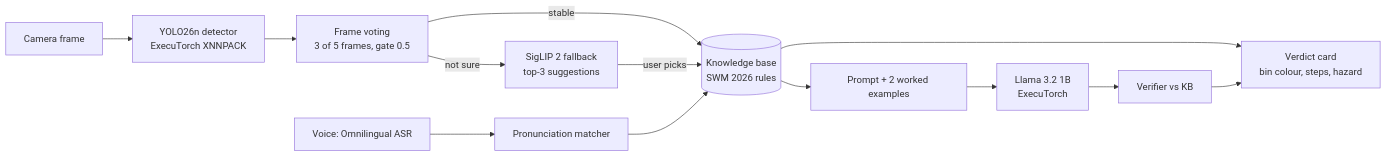
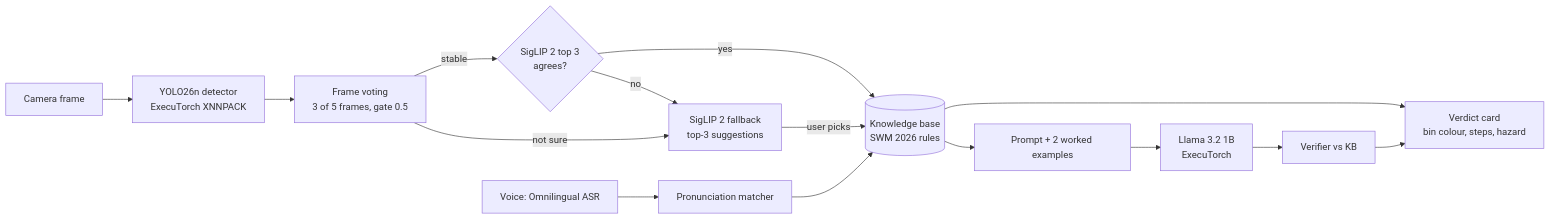
The diagram in docs/TECHNICAL_REPORT.md (kavyapshah2006/waste_segregation), drawn with Mermaid before and after one commit. The commit also changed other lines of this file and 1 other file, not shown here.

````diff
--- a/docs/TECHNICAL_REPORT.md
+++ b/docs/TECHNICAL_REPORT.md
@@ -34,14 +37,16 @@
 ```mermaid
 flowchart LR
   cam[Camera frame] --> det[YOLO26n detector<br/>ExecuTorch XNNPACK]
   det --> vote[Frame voting<br/>3 of 5 frames, gate 0.5]
-  vote -->|stable| kb[(Knowledge base<br/>SWM 2026 rules)]
+  vote -->|stable| agree{SigLIP 2 top 3<br/>agrees?}
+  agree -->|yes| kb[(Knowledge base<br/>SWM 2026 rules)]
+  agree -->|no| fb
   vote -->|not sure| fb[SigLIP 2 fallback<br/>top-3 suggestions]
   fb -->|user picks| kb
   kb --> card[Verdict card<br/>bin colour, steps, hazard]
   kb --> prompt[Prompt + 2 worked examples]
   prompt --> llm[Llama 3.2 1B<br/>ExecuTorch]
   llm --> ver[Verifier vs KB]
   ver --> card
   mic[Voice: Omnilingual ASR] --> match[Pronunciation matcher] --> kb
 ```
````
